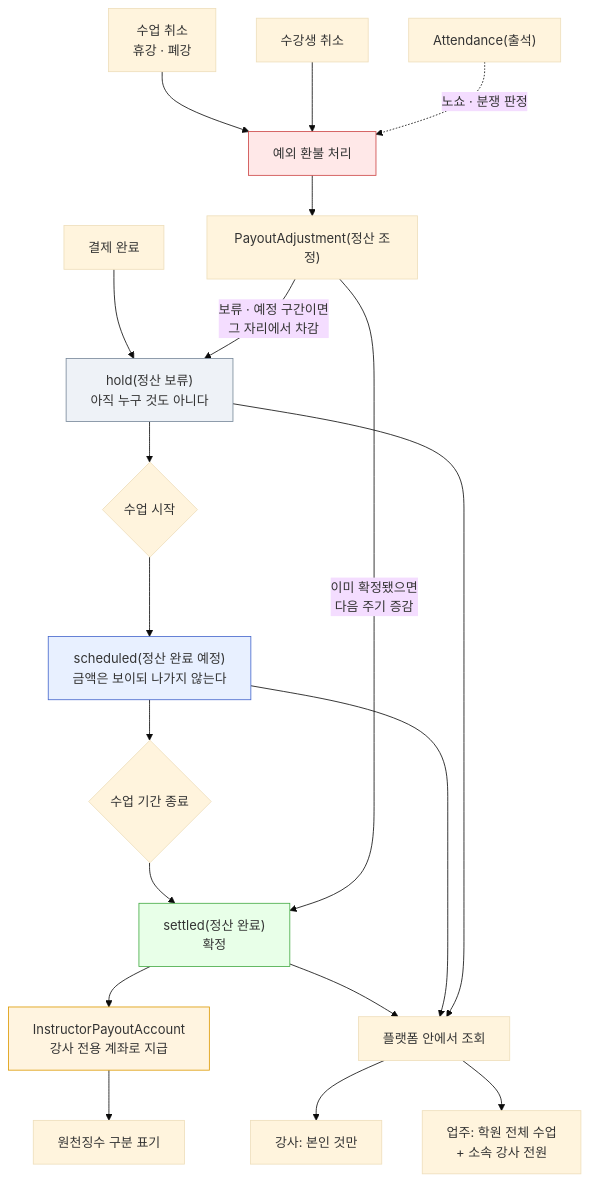
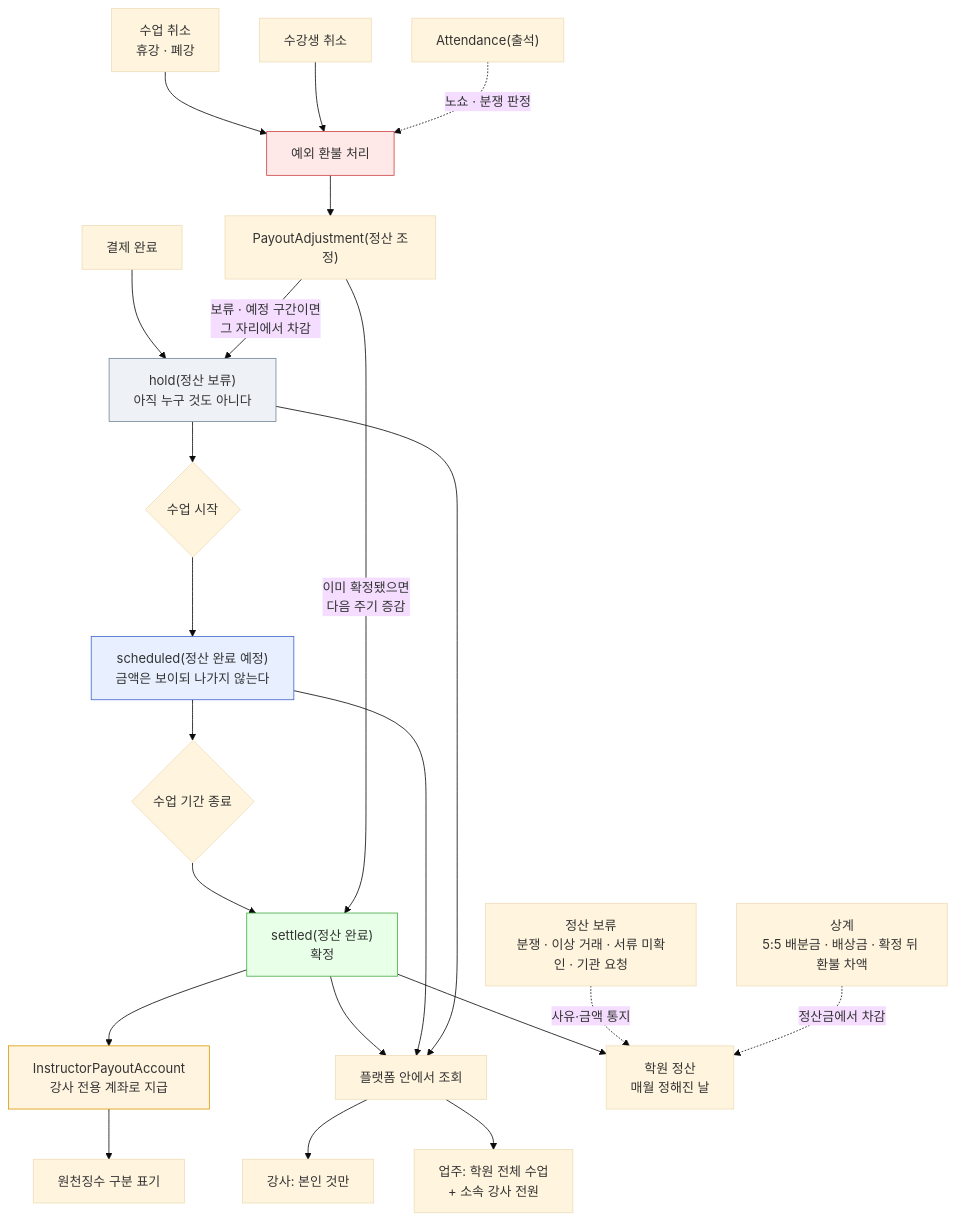
Before and after one commit to ChaeUngLim/kdancex4: the ninth of 14 diagrams in docs/kdancex4_service_definition_and_tech_stack.md, drawn with Mermaid (base theme). The commit also changed other lines of this file and 21 other files, not shown here.

````diff
--- a/docs/kdancex4_service_definition_and_tech_stack.md
+++ b/docs/kdancex4_service_definition_and_tech_stack.md
@@ -1635,31 +1697,35 @@
 ```mermaid
 flowchart TB
     PAY["결제 완료"] --> H["hold(정산 보류)<br/>아직 누구 것도 아니다"]
     H --> START{"수업 시작"}
     START --> SCH["scheduled(정산 완료 예정)<br/>금액은 보이되 나가지 않는다"]
     SCH --> END{"수업 기간 종료"}
     END --> SET["settled(정산 완료)<br/>확정"]
     SET --> ACC["InstructorPayoutAccount<br/>강사 전용 계좌로 지급"]
     ACC --> WHT["원천징수 구분 표기"]
 
     CC["수업 취소<br/>휴강 · 폐강"] --> EX["예외 환불 처리"]
     SC["수강생 취소"] --> EX
     EX --> ADJ["PayoutAdjustment(정산 조정)"]
     ADJ -->|"보류 · 예정 구간이면<br/>그 자리에서 차감"| H
     ADJ -->|"이미 확정됐으면<br/>다음 주기 증감"| SET
 
     ATT["Attendance(출석)"] -.->|"노쇼 · 분쟁 판정"| EX
 
     VIEW["플랫폼 안에서 조회"]
     SET --> VIEW
     SCH --> VIEW
     H --> VIEW
     VIEW --> V1["강사: 본인 것만"]
     VIEW --> V2["업주: 학원 전체 수업<br/>+ 소속 강사 전원"]
 
+    SET --> ACAD["학원 정산<br/>매월 정해진 날"]
+    HLD["정산 보류<br/>분쟁 · 이상 거래 · 서류 미확인 · 기관 요청"] -.->|"사유·금액 통지"| ACAD
+    OFF["상계<br/>5:5 배분금 · 배상금 · 확정 뒤 환불 차액"] -.->|"정산금에서 차감"| ACAD
+
     style H fill:#eef2f7,stroke:#789
     style SCH fill:#e8f0ff,stroke:#46c
     style SET fill:#e8ffe8,stroke:#4a4
     style EX fill:#ffe8e8,stroke:#c44
     style ACC fill:#fff4e0,stroke:#d90
 ```
````
